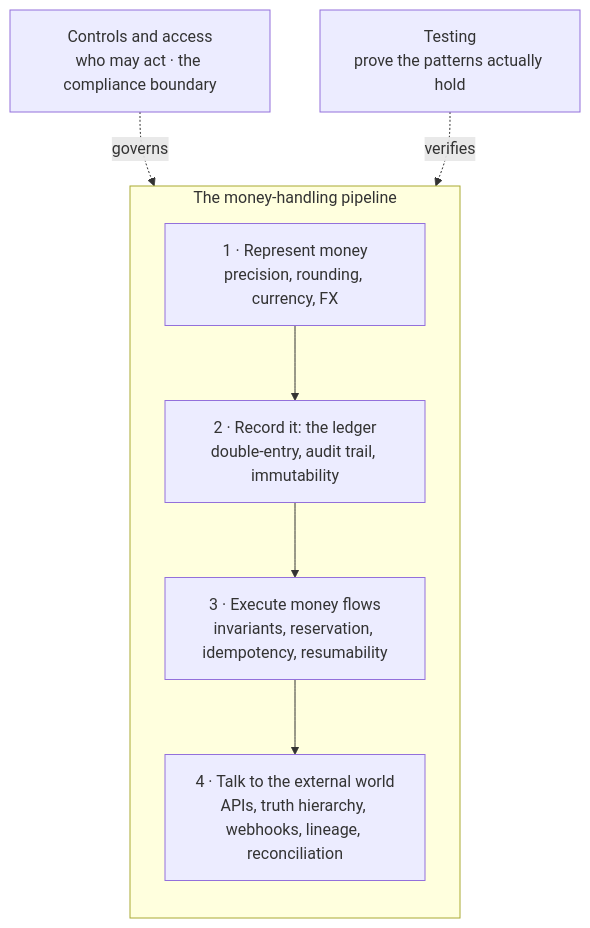
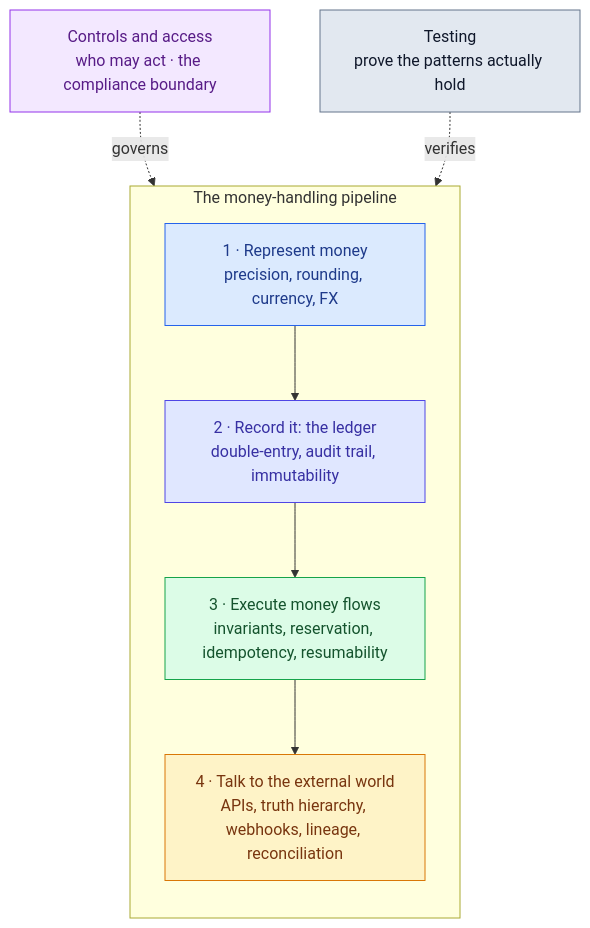
One commit to YSKM523/fintech-engineering-handbook changed the second of 4 diagrams in README.md. Above: the diagram before and after it, drawn with Mermaid. The commit also changed other lines of this file and 1 other file, not shown here.

First line of the commit message:
Add a colored three-principles diagram to SKILL.md; color the README diagrams

````diff
--- a/README.md
+++ b/README.md
@@ -67,15 +70,21 @@
 ```mermaid
 flowchart TB
     subgraph PIPE["The money-handling pipeline"]
         direction TB
-        A["1 · Represent money<br/>precision, rounding, currency, FX"]
-        B["2 · Record it: the ledger<br/>double-entry, audit trail, immutability"]
-        C["3 · Execute money flows<br/>invariants, reservation, idempotency, resumability"]
-        D["4 · Talk to the external world<br/>APIs, truth hierarchy, webhooks, lineage, reconciliation"]
+        A["1 · Represent money<br/>precision, rounding, currency, FX"]:::l1
+        B["2 · Record it: the ledger<br/>double-entry, audit trail, immutability"]:::l2
+        C["3 · Execute money flows<br/>invariants, reservation, idempotency, resumability"]:::l3
+        D["4 · Talk to the external world<br/>APIs, truth hierarchy, webhooks, lineage, reconciliation"]:::l4
         A --> B --> C --> D
     end
-    E["Controls and access<br/>who may act · the compliance boundary"]
-    F["Testing<br/>prove the patterns actually hold"]
+    E["Controls and access<br/>who may act · the compliance boundary"]:::ctl
+    F["Testing<br/>prove the patterns actually hold"]:::tst
     E -. governs .-> PIPE
     F -. verifies .-> PIPE
+    classDef l1 fill:#dbeafe,color:#1e3a8a,stroke:#2563eb;
+    classDef l2 fill:#e0e7ff,color:#3730a3,stroke:#4f46e5;
+    classDef l3 fill:#dcfce7,color:#14532d,stroke:#16a34a;
+    classDef l4 fill:#fef3c7,color:#78350f,stroke:#d97706;
+    classDef ctl fill:#f3e8ff,color:#581c87,stroke:#9333ea;
+    classDef tst fill:#e2e8f0,color:#0f172a,stroke:#64748b;
 ```
````
